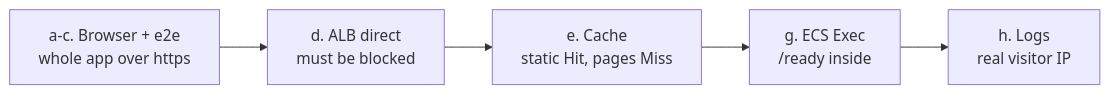
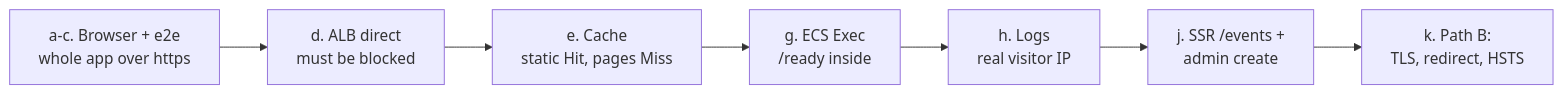
Before and after one commit to maheshnd/minitickets: the sixth of 10 diagrams in docs/20-deploy-day.md, drawn with Mermaid. The commit also changed other lines of this file and 17 other files, not shown here.

````diff
--- a/docs/20-deploy-day.md
+++ b/docs/20-deploy-day.md
@@ -226,7 +360,9 @@
 ```mermaid
 flowchart LR
     a["a-c. Browser + e2e<br/>whole app over https"] --> d["d. ALB direct<br/>must be blocked"]
     d --> e["e. Cache<br/>static Hit, pages Miss"]
     e --> g["g. ECS Exec<br/>/ready inside"]
     g --> h["h. Logs<br/>real visitor IP"]
+    h --> j["j. SSR /events +<br/>admin create"]
+    j --> k["k. Path B:<br/>TLS, redirect, HSTS"]
 ```
````
